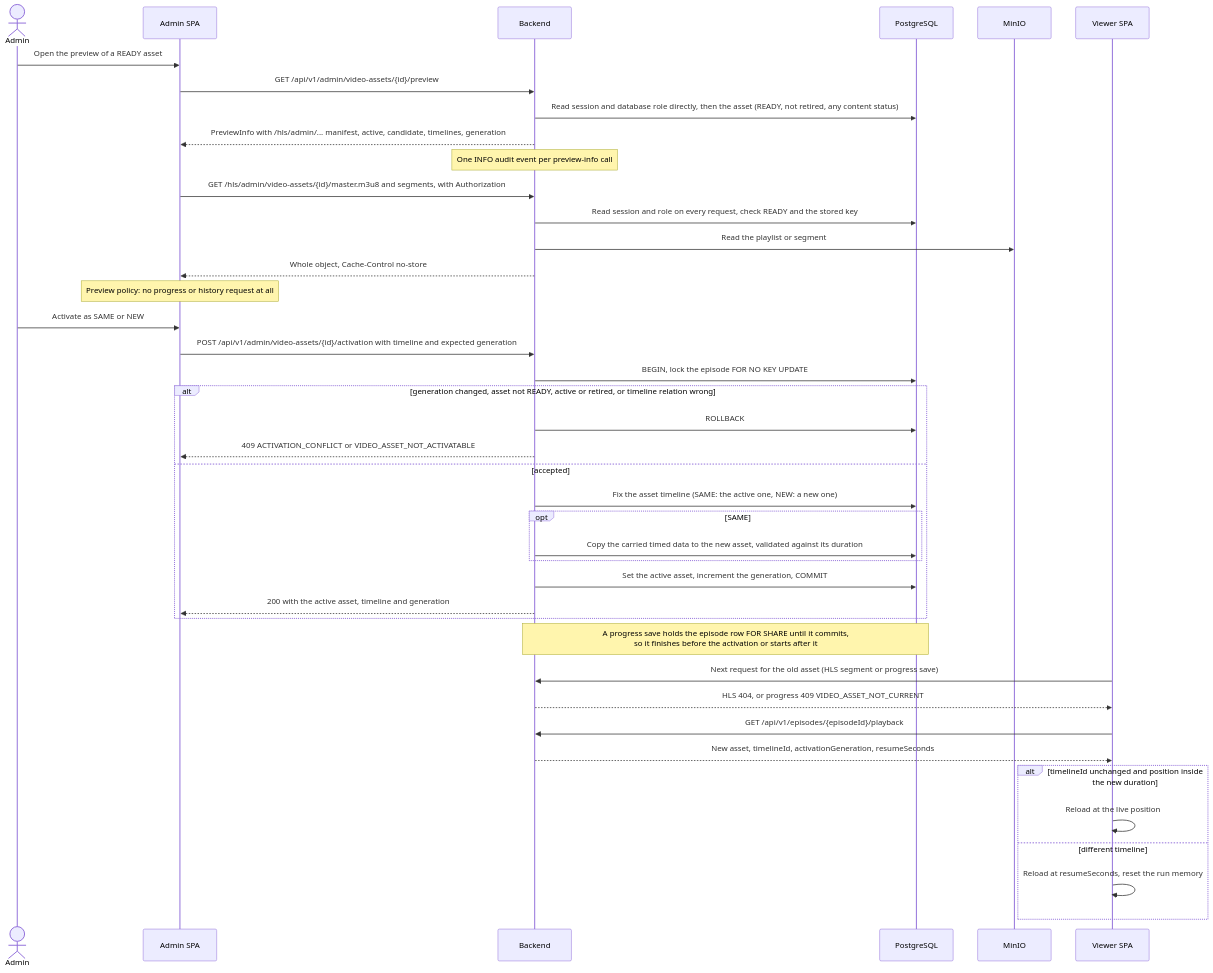
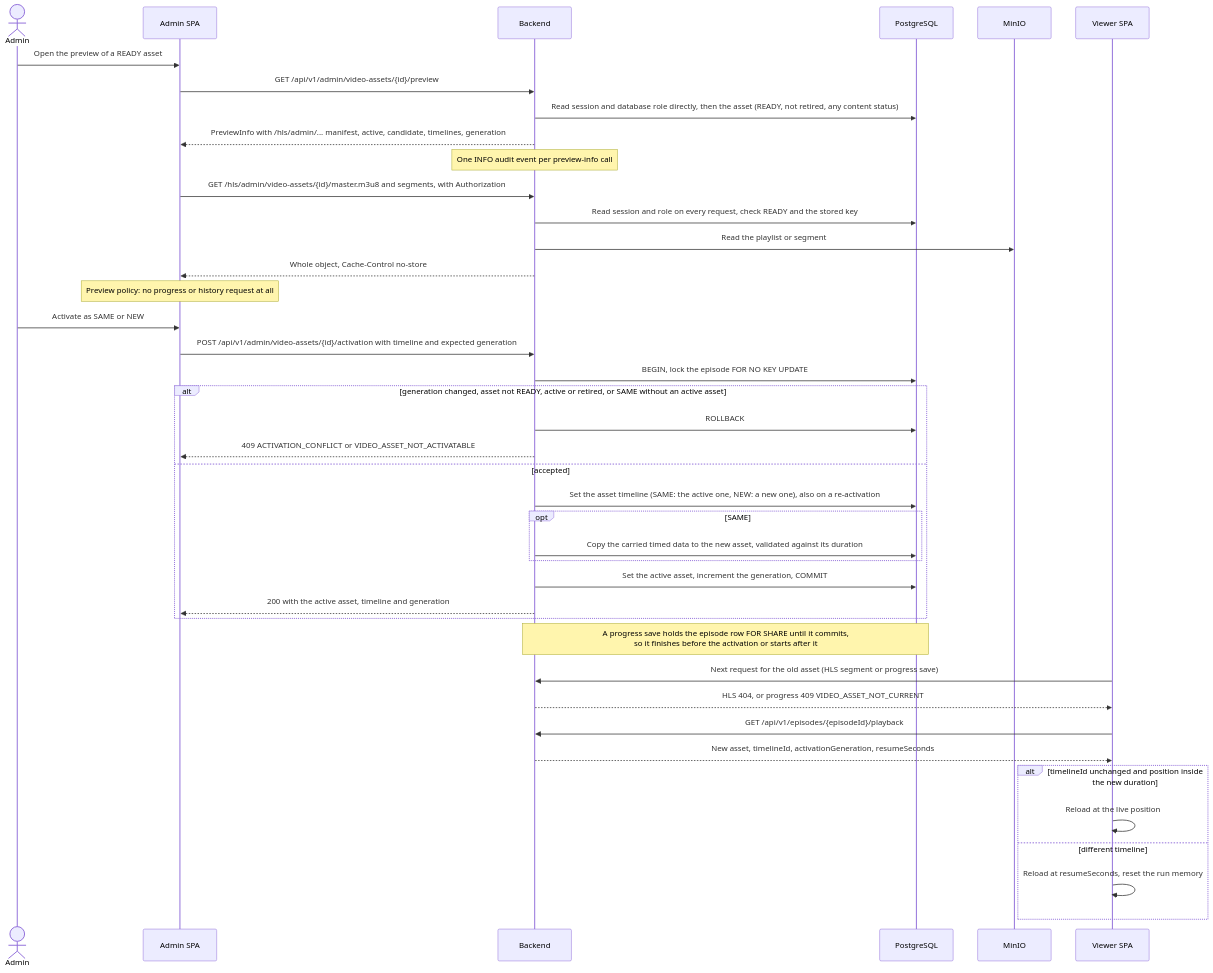
One commit to Duyphanb/Self-hosted-VoD-Platform changed the eighth of 10 diagrams in docs/architecture/SEQUENCE-DIAGRAMS.md. Above: the diagram before and after it, drawn with Mermaid. The commit also changed 5 other files, not shown here.

````diff
--- a/docs/architecture/SEQUENCE-DIAGRAMS.md
+++ b/docs/architecture/SEQUENCE-DIAGRAMS.md
@@ -257,44 +257,44 @@
 ```mermaid
 sequenceDiagram
     actor Admin
     participant AdminSPA as Admin SPA
     participant Backend
     participant PostgreSQL
     participant MinIO
     participant ViewerSPA as Viewer SPA
 
     Admin->>AdminSPA: Open the preview of a READY asset
     AdminSPA->>Backend: GET /api/v1/admin/video-assets/{id}/preview
     Backend->>PostgreSQL: Read session and database role directly, then the asset (READY, not retired, any content status)
     Backend-->>AdminSPA: PreviewInfo with /hls/admin/... manifest, active, candidate, timelines, generation
     Note over Backend: One INFO audit event per preview-info call
     AdminSPA->>Backend: GET /hls/admin/video-assets/{id}/master.m3u8 and segments, with Authorization
     Backend->>PostgreSQL: Read session and role on every request, check READY and the stored key
     Backend->>MinIO: Read the playlist or segment
     Backend-->>AdminSPA: Whole object, Cache-Control no-store
     Note over AdminSPA: Preview policy: no progress or history request at all
     Admin->>AdminSPA: Activate as SAME or NEW
     AdminSPA->>Backend: POST /api/v1/admin/video-assets/{id}/activation with timeline and expected generation
     Backend->>PostgreSQL: BEGIN, lock the episode FOR NO KEY UPDATE
-    alt generation changed, asset not READY, active or retired, or timeline relation wrong
+    alt generation changed, asset not READY, active or retired, or SAME without an active asset
         Backend->>PostgreSQL: ROLLBACK
         Backend-->>AdminSPA: 409 ACTIVATION_CONFLICT or VIDEO_ASSET_NOT_ACTIVATABLE
     else accepted
-        Backend->>PostgreSQL: Fix the asset timeline (SAME: the active one, NEW: a new one)
+        Backend->>PostgreSQL: Set the asset timeline (SAME: the active one, NEW: a new one), also on a re-activation
         opt SAME
             Backend->>PostgreSQL: Copy the carried timed data to the new asset, validated against its duration
         end
         Backend->>PostgreSQL: Set the active asset, increment the generation, COMMIT
         Backend-->>AdminSPA: 200 with the active asset, timeline and generation
     end
     Note over Backend,PostgreSQL: A progress save holds the episode row FOR SHARE until it commits,<br/>so it finishes before the activation or starts after it
     ViewerSPA->>Backend: Next request for the old asset (HLS segment or progress save)
     Backend-->>ViewerSPA: HLS 404, or progress 409 VIDEO_ASSET_NOT_CURRENT
     ViewerSPA->>Backend: GET /api/v1/episodes/{episodeId}/playback
     Backend-->>ViewerSPA: New asset, timelineId, activationGeneration, resumeSeconds
     alt timelineId unchanged and position inside the new duration
         ViewerSPA->>ViewerSPA: Reload at the live position
     else different timeline
         ViewerSPA->>ViewerSPA: Reload at resumeSeconds, reset the run memory
     end
 ```
````
